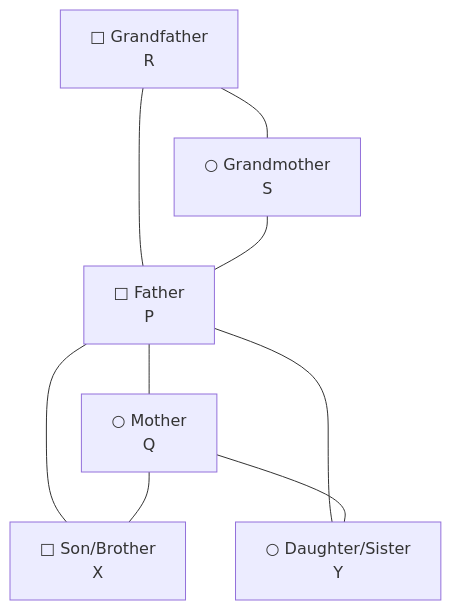
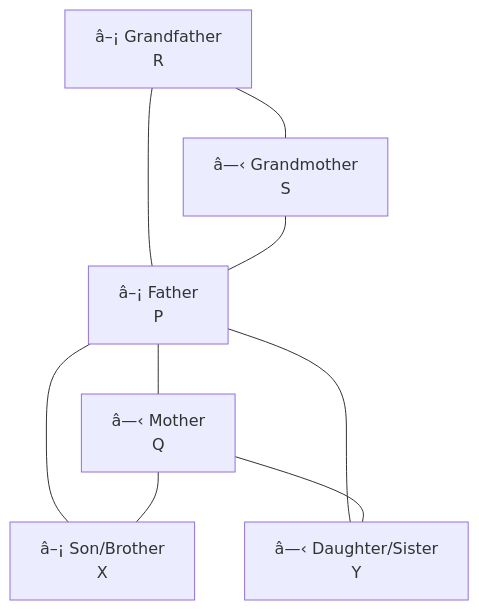
Before and after one commit to Raushan666java/ai-engineering-journey: the first of 3 diagrams in docs/courses/reasoning-ability/05-blood-relations-direction-sense.md, drawn with Mermaid. The commit also changed other lines of this file and 735 other files, not shown here.

````diff
--- a/docs/courses/reasoning-ability/05-blood-relations-direction-sense.md
+++ b/docs/courses/reasoning-ability/05-blood-relations-direction-sense.md
@@ -97,20 +97,20 @@
 ```mermaid
 flowchart TD
-    A["□ Grandfather<br/>R"] --- B["○ Grandmother<br/>S"]
+    A["â–¡ Grandfather<br/>R"] --- B["â—‹ Grandmother<br/>S"]
     A --- C
     B --- C
-    C["□ Father<br/>P"] --- D["○ Mother<br/>Q"]
+    C["â–¡ Father<br/>P"] --- D["â—‹ Mother<br/>Q"]
     C --- E
     C --- F
     D --- E
     D --- F
-    E["□ Son/Brother<br/>X"]
-    F["○ Daughter/Sister<br/>Y"]
+    E["â–¡ Son/Brother<br/>X"]
+    F["â—‹ Daughter/Sister<br/>Y"]
     
     style A fill:#lightblue
     style B fill:#lightpink
     style C fill:#lightblue
     style D fill:#lightpink
     style E fill:#lightblue
     style F fill:#lightpink
 ```
````
